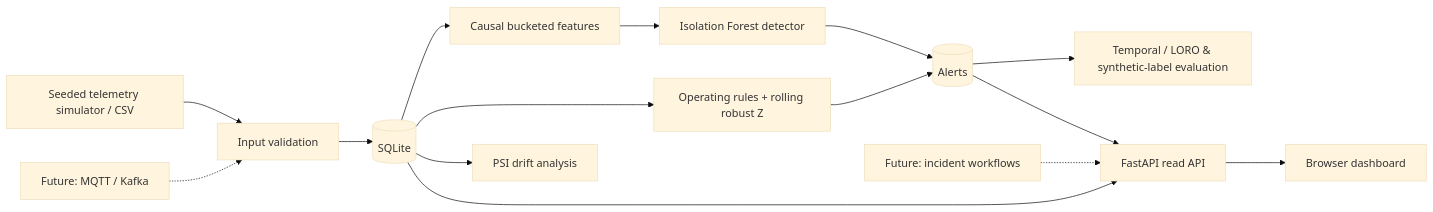
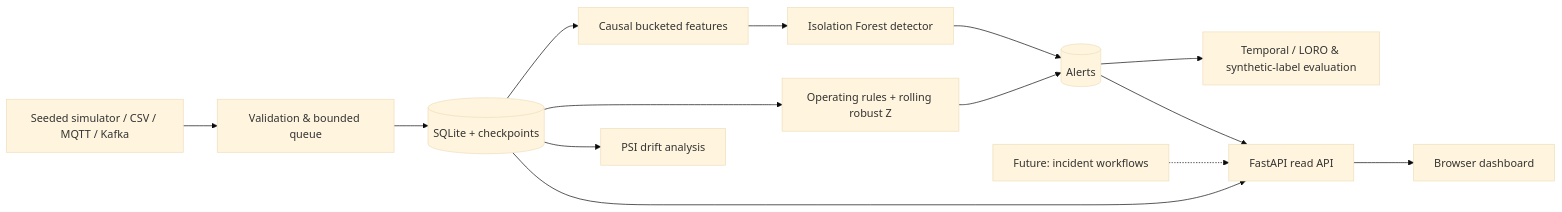
One commit to jnbalaji-jb/rigpulse-telemetry-lab changed the diagram in README.md. Above: the diagram before and after it, drawn with Mermaid (base theme). The commit also changed other lines of this file and 15 other files, not shown here.

````diff
--- a/README.md
+++ b/README.md
@@ -112,17 +115,16 @@
 ```mermaid
 flowchart LR
-    S[Seeded telemetry simulator / CSV] --> V[Input validation]
-    V --> DB[(SQLite)]
+    S[Seeded simulator / CSV / MQTT / Kafka] --> V[Validation & bounded queue]
+    V --> DB[(SQLite + checkpoints)]
     DB --> F[Causal bucketed features]
     F --> ML[Isolation Forest detector]
     DB --> D[Operating rules + rolling robust Z]
     D --> A[(Alerts)]
     ML --> A
     DB --> P[PSI drift analysis]
     A --> EV[Temporal / LORO & synthetic-label evaluation]
     DB --> API[FastAPI read API]
     A --> API
     API --> UI[Browser dashboard]
-    FUT1[Future: MQTT / Kafka] -.-> V
     FUT3[Future: incident workflows] -.-> API
 ```
````
